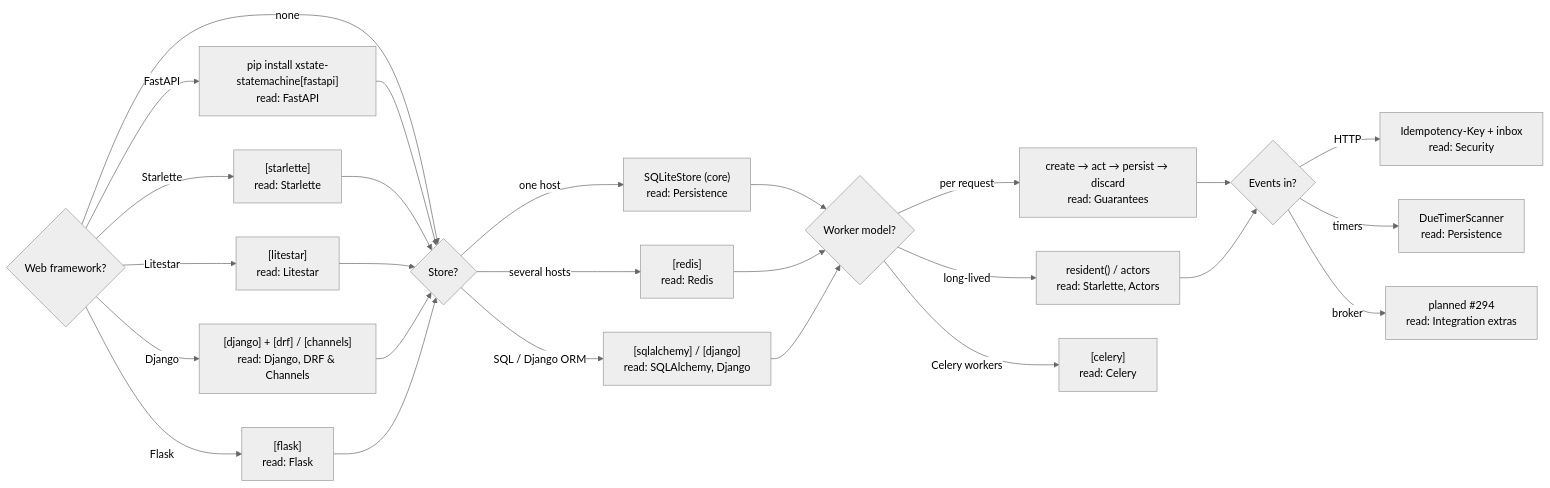
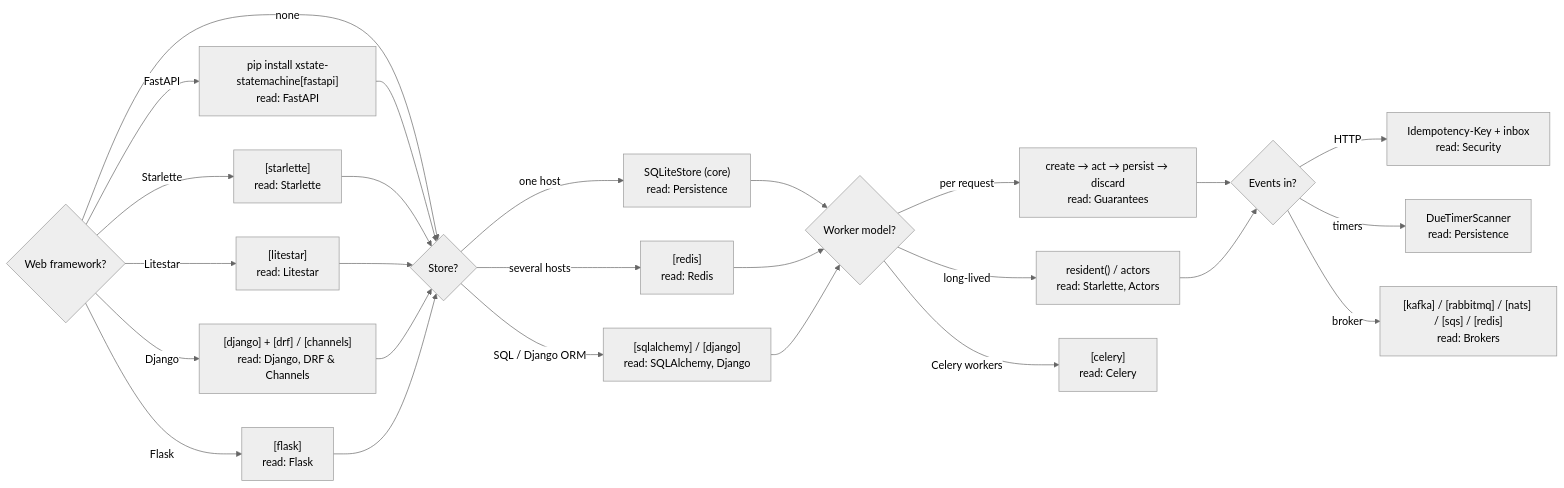
The diagram in docs/_guide/integrations.md (basiltt/xstate-statemachine), drawn with Mermaid (neutral theme) before and after one commit. The commit also changed other lines of this file and 6 other files, not shown here.

````diff
--- a/docs/_guide/integrations.md
+++ b/docs/_guide/integrations.md
@@ -16,32 +16,32 @@
 ```mermaid
 flowchart LR
     Q1{Web framework?}
     Q1 -->|FastAPI| FA["pip install xstate-statemachine[fastapi]<br/>read: FastAPI"]
     Q1 -->|Starlette| ST["[starlette]<br/>read: Starlette"]
     Q1 -->|Litestar| LS["[litestar]<br/>read: Litestar"]
     Q1 -->|Django| DJ["[django] + [drf] / [channels]<br/>read: Django, DRF & Channels"]
     Q1 -->|Flask| FL["[flask]<br/>read: Flask"]
     Q1 -->|none| Q2
     FA --> Q2
     ST --> Q2
     LS --> Q2
     DJ --> Q2
     FL --> Q2
     Q2{Store?}
     Q2 -->|one host| SQ["SQLiteStore (core)<br/>read: Persistence"]
     Q2 -->|several hosts| RD["[redis]<br/>read: Redis"]
     Q2 -->|SQL / Django ORM| SQL["[sqlalchemy] / [django]<br/>read: SQLAlchemy, Django"]
     SQ --> Q3
     RD --> Q3
     SQL --> Q3
     Q3{Worker model?}
     Q3 -->|per request| ACT["create → act → persist → discard<br/>read: Guarantees"]
     Q3 -->|long-lived| RES["resident() / actors<br/>read: Starlette, Actors"]
     Q3 -->|Celery workers| PL3["[celery]<br/>read: Celery"]
     ACT --> Q4
     RES --> Q4
     Q4{Events in?}
     Q4 -->|HTTP| HT["Idempotency-Key + inbox<br/>read: Security"]
     Q4 -->|timers| TM["DueTimerScanner<br/>read: Persistence"]
-    Q4 -->|broker| PL4["planned #294<br/>read: Integration extras"]
+    Q4 -->|broker| PL4["[kafka] / [rabbitmq] / [nats] / [sqs] / [redis]<br/>read: Brokers"]
 ```
````
